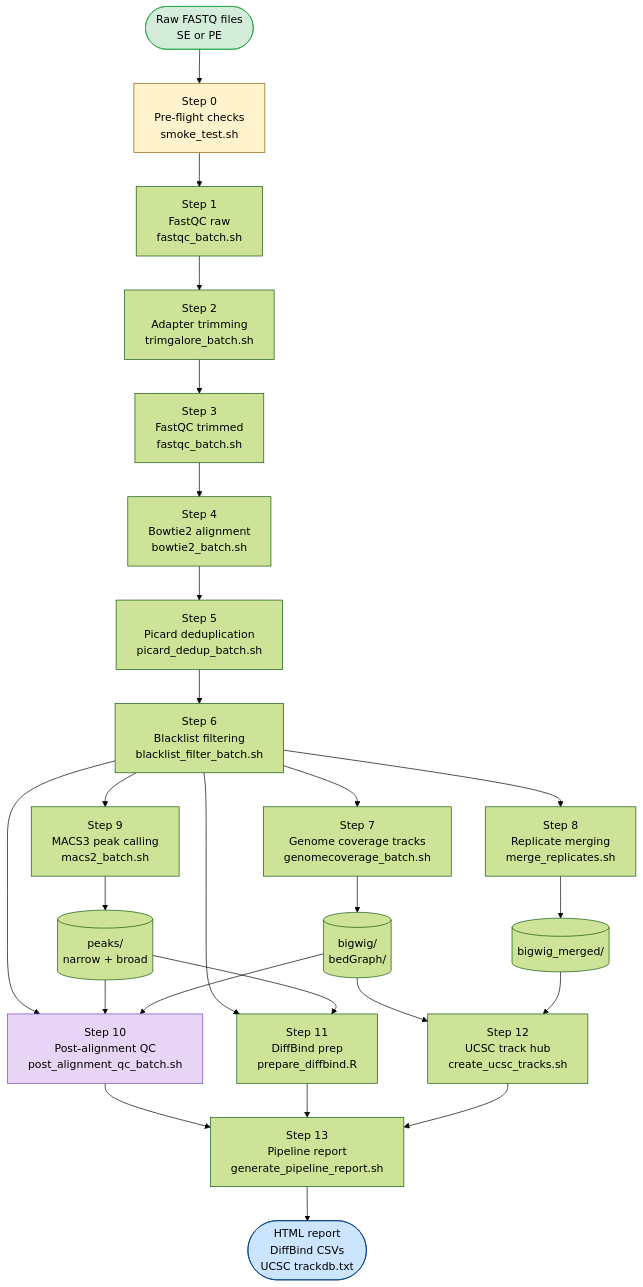
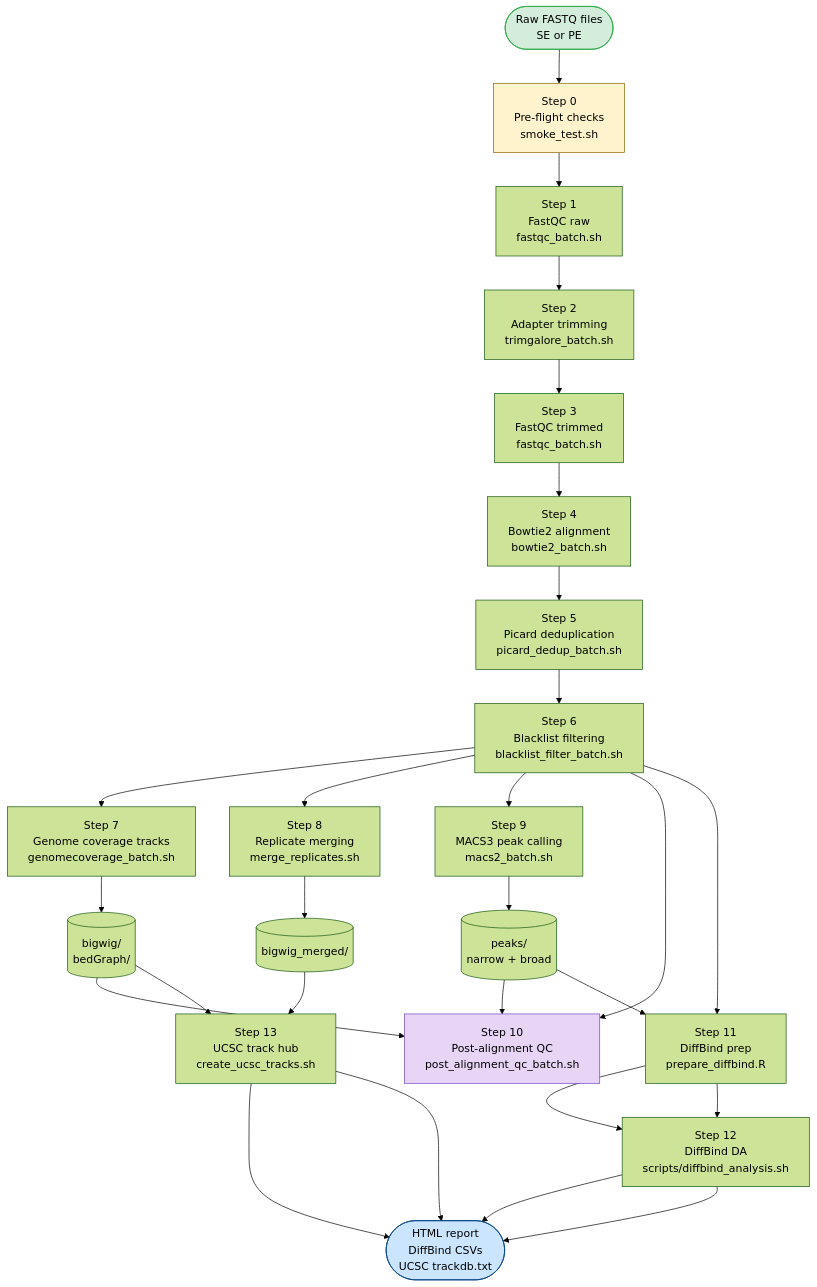
Before and after one commit to MichalGd/ATACseq2tracks: the diagram in README.md, drawn with Mermaid (forest theme). The commit also changed other lines of this file and 51 other files, not shown here.

````diff
--- a/README.md
+++ b/README.md
@@ -82,32 +83,42 @@
 ```mermaid
 flowchart TD
     A([Raw FASTQ files\nSE or PE]) --> B[Step 0\nPre-flight checks\nsmoke_test.sh]
     B --> C[Step 1\nFastQC raw\nfastqc_batch.sh]
     C --> D[Step 2\nAdapter trimming\ntrimgalore_batch.sh]
     D --> E[Step 3\nFastQC trimmed\nfastqc_batch.sh]
     E --> F[Step 4\nBowtie2 alignment\nbowtie2_batch.sh]
     F --> G[Step 5\nPicard deduplication\npicard_dedup_batch.sh]
     G --> H[Step 6\nBlacklist filtering\nblacklist_filter_batch.sh]
     H --> I[Step 7\nGenome coverage tracks\ngenomecoverage_batch.sh]
     H --> J[Step 8\nReplicate merging\nmerge_replicates.sh]
     H --> K[Step 9\nMACS3 peak calling\nmacs2_batch.sh]
     I --> L[(bigwig/\nbedGraph/)]
     J --> M[(bigwig_merged/)]
     K --> N[(peaks/\nnarrow + broad)]
     H --> O[Step 10\nPost-alignment QC\npost_alignment_qc_batch.sh]
     N --> O
     L --> O
-    H --> P[Step 11\nDiffBind prep\nprepare_diffbind.R]
+    H --> P[Step 11
+DiffBind prep
+prepare_diffbind.R]
     N --> P
-    L --> Q[Step 12\nUCSC track hub\ncreate_ucsc_tracks.sh]
-    M --> Q
-    O --> R[Step 13\nPipeline report\ngenerate_pipeline_report.sh]
-    P --> R
-    Q --> R
-    R --> S([HTML report\nDiffBind CSVs\nUCSC trackdb.txt])
+    P --> Q[Step 12
+DiffBind DA
+scripts/diffbind_analysis.sh]
+    L --> R[Step 13
+UCSC track hub
+create_ucsc_tracks.sh]
+    M --> R
+    Q --> S[Step 14
+Pipeline report
+generate_pipeline_report.sh]
+    P --> Q
+    R --> S
+    Q --> S
+R --> S([HTML report\nDiffBind CSVs\nUCSC trackdb.txt])
 
     style A fill:#d4edda,stroke:#28a745
     style S fill:#cce5ff,stroke:#004085
     style B fill:#fff3cd,stroke:#856404
     style O fill:#e8d5f5,stroke:#6f42c1
 ```
````
